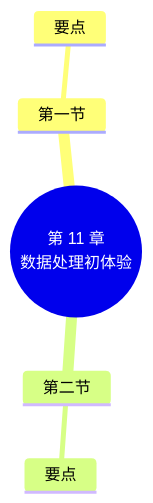
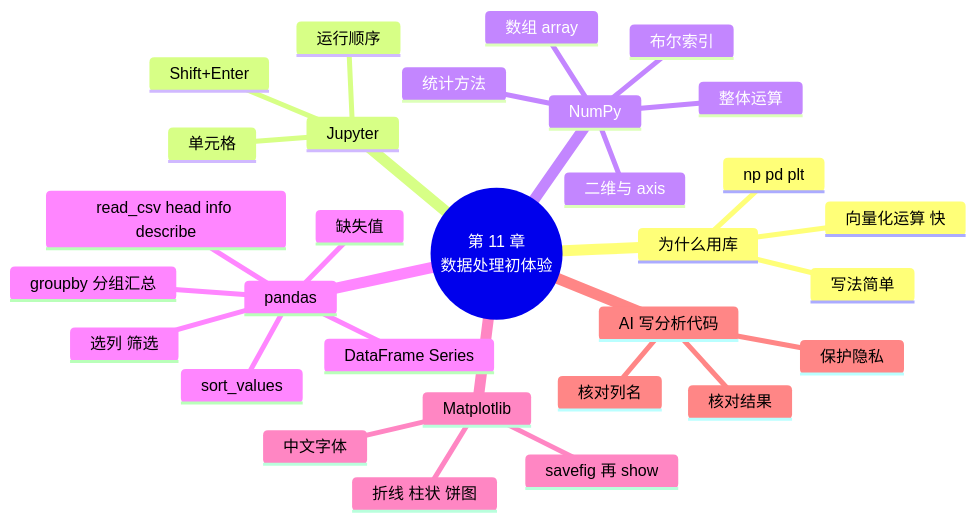
One commit to MingziFu9/python-programming changed the diagram in docs/chapters/11-data-libs/index.md. Above: the diagram before and after it, drawn with Mermaid. The commit also changed other lines of this file and 14 other files, not shown here.

Commit message:
第 11 章：数据处理初体验（NumPy、pandas、Matplotlib、Jupyter）

````diff
--- a/docs/chapters/11-data-libs/index.md
+++ b/docs/chapters/11-data-libs/index.md
@@ -188,8 +953,33 @@
 ```mermaid
 mindmap
   root((第 11 章<br/>数据处理初体验))
-    第一节
-      要点
-    第二节
-      要点
+    为什么用库
+      写法简单
+      向量化运算 快
+      np pd plt
+    Jupyter
+      单元格
+      Shift+Enter
+      运行顺序
+    NumPy
+      数组 array
+      整体运算
+      布尔索引
+      统计方法
+      二维与 axis
+    pandas
+      DataFrame Series
+      read_csv head info describe
+      选列 筛选
+      sort_values
+      groupby 分组汇总
+      缺失值
+    Matplotlib
+      中文字体
+      折线 柱状 饼图
+      savefig 再 show
+    AI 写分析代码
+      核对列名
+      核对结果
+      保护隐私
 ```
````
